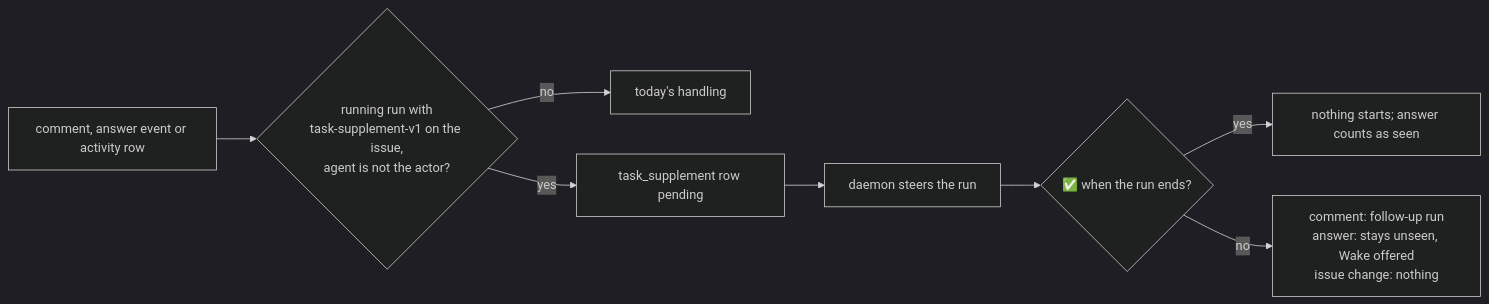
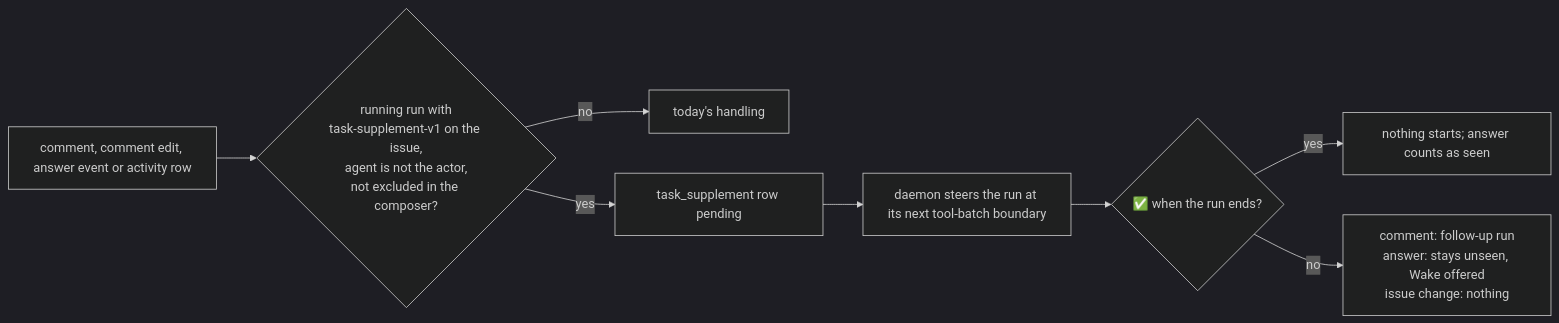
Before and after one commit to appboypov/multica: the seventh of 7 diagrams in specs/openspec/changes/deliver-issue-changes-to-running-agents/design.md, drawn with Mermaid (dark theme). The commit also changed other lines of this file and 6 other files, not shown here.

First line of the commit message:
docs(specs): apply plan gate answers to deliver-issue-changes-to-running-agents

````diff
--- a/specs/openspec/changes/deliver-issue-changes-to-running-agents/design.md
+++ b/specs/openspec/changes/deliver-issue-changes-to-running-agents/design.md
@@ -138,8 +138,8 @@
 ```mermaid
 flowchart LR
-  item["comment, answer event or activity row"] --> pick{"running run with<br/>task-supplement-v1 on the issue,<br/>agent is not the actor?"}
+  item["comment, comment edit, answer event or activity row"] --> pick{"running run with<br/>task-supplement-v1 on the issue,<br/>agent is not the actor,<br/>not excluded in the composer?"}
   pick -- no --> today["today's handling"]
-  pick -- yes --> receipt["task_supplement row pending"] --> steer["daemon steers the run"] --> marks{"✅ when the run ends?"}
+  pick -- yes --> receipt["task_supplement row pending"] --> steer["daemon steers the run at its next tool-batch boundary"] --> marks{"✅ when the run ends?"}
   marks -- yes --> nothing["nothing starts; answer counts as seen"]
   marks -- no --> normal["comment: follow-up run<br/>answer: stays unseen, Wake offered<br/>issue change: nothing"]
 ```
````
